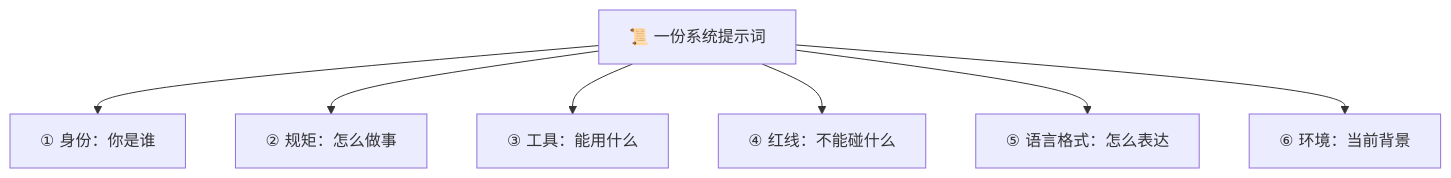
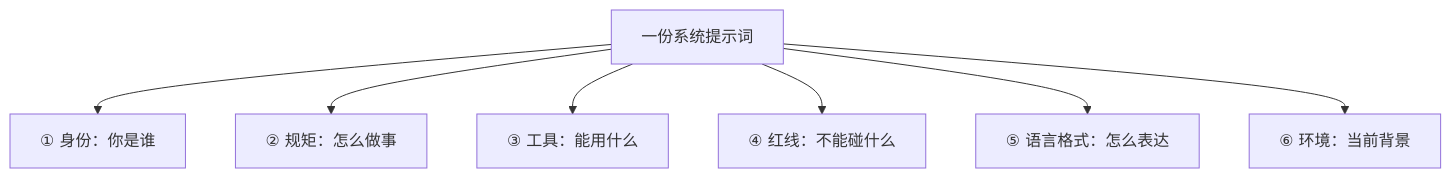
Before and after one commit to luckykhy/KhyAiHub: the fourth of 6 diagrams in docs/02_CONCEPTS_概念入门/CONCEPT/[CONCEPT-18] 什么是系统提示词-SystemPrompt.md, drawn with Mermaid. The commit also changed other lines of this file and 19 other files, not shown here.

````diff
--- a/docs/02_CONCEPTS_概念入门/CONCEPT/[CONCEPT-18] 什么是系统提示词-SystemPrompt.md
+++ b/docs/02_CONCEPTS_概念入门/CONCEPT/[CONCEPT-18] 什么是系统提示词-SystemPrompt.md
@@ -131,10 +131,10 @@
 ```mermaid
 flowchart TB
-  SYS["📜 一份系统提示词"]
+  SYS["一份系统提示词"]
   SYS --> A["① 身份：你是谁"]
   SYS --> B["② 规矩：怎么做事"]
   SYS --> C["③ 工具：能用什么"]
   SYS --> D["④ 红线：不能碰什么"]
   SYS --> E["⑤ 语言格式：怎么表达"]
   SYS --> F["⑥ 环境：当前背景"]
 ```
````
